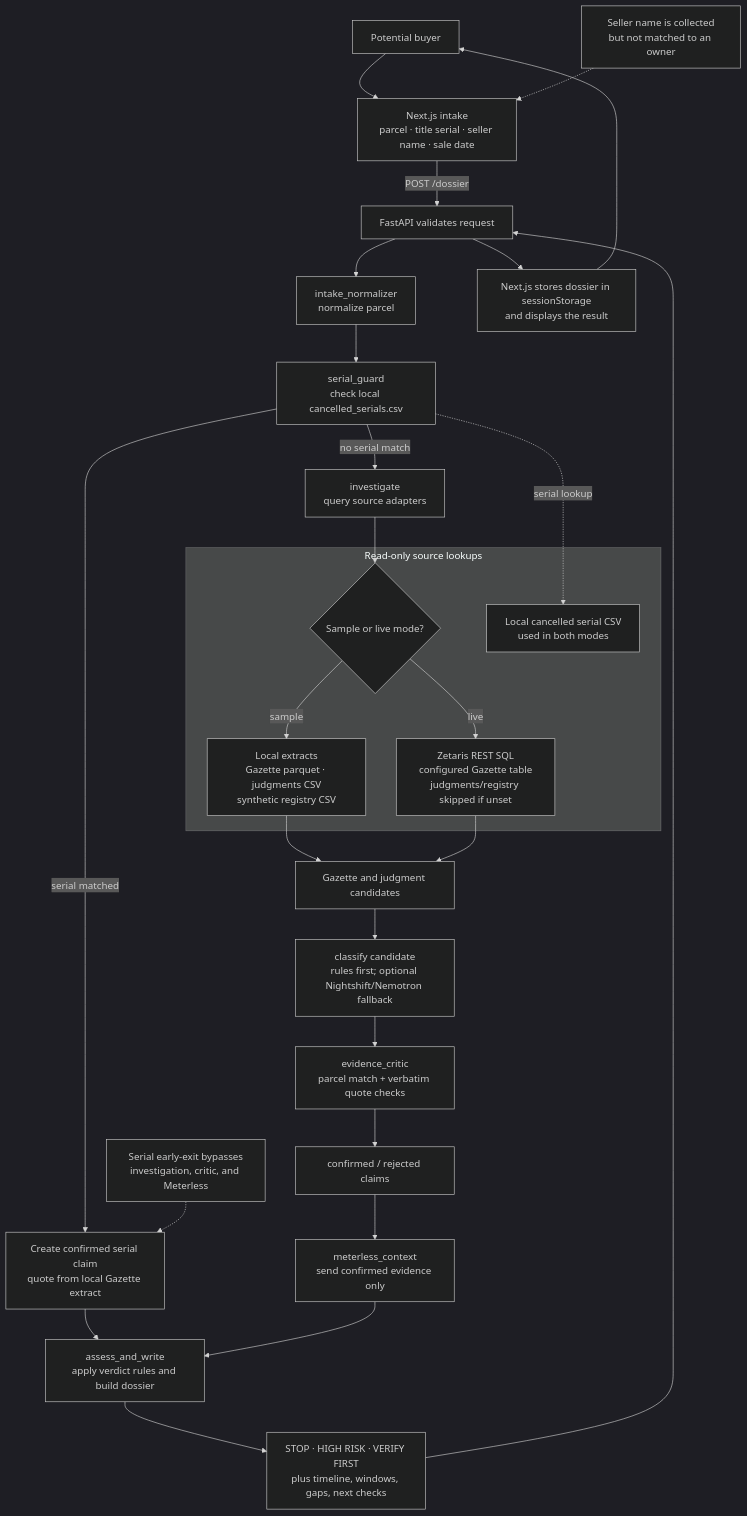
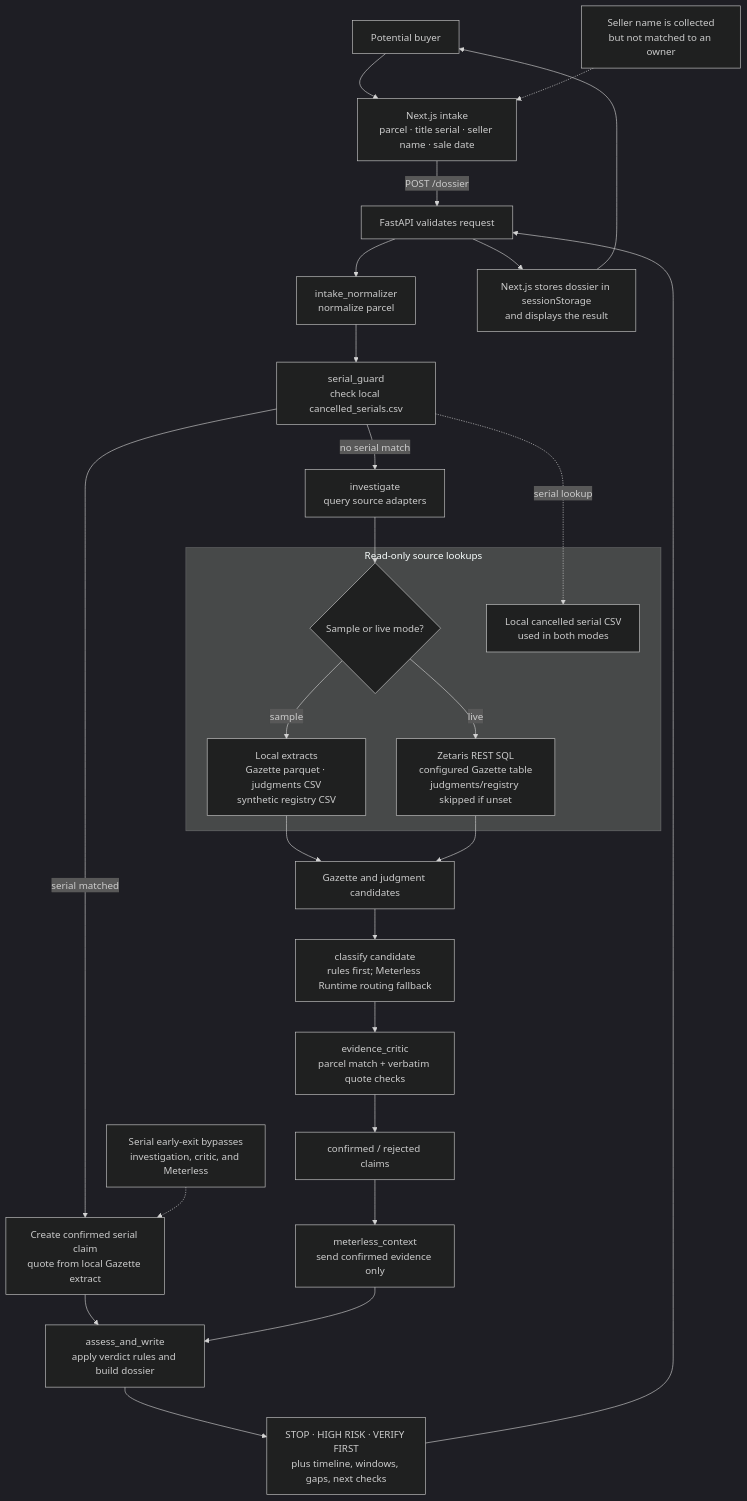
Before and after one commit to funtechstack-four/GEN-AI: the first of 2 diagrams in docs/agentic-implementation-findings.md, drawn with Mermaid (dark theme). The commit also changed other lines of this file and 10 other files, not shown here.

Commit message:
feat(agents): add Meterless Runtime provider

````diff
--- a/docs/agentic-implementation-findings.md
+++ b/docs/agentic-implementation-findings.md
@@ -40,38 +40,38 @@
 ```mermaid
 flowchart TD
     Buyer["Potential buyer"] --> Form["Next.js intake<br/>parcel · title serial · seller name · sale date"]
     Form -->|"POST /dossier"| API["FastAPI validates request"]
     API --> Normalize["intake_normalizer<br/>normalize parcel"]
     Normalize --> Guard["serial_guard<br/>check local cancelled_serials.csv"]
 
     Guard -->|"serial matched"| DirectClaim["Create confirmed serial claim<br/>quote from local Gazette extract"]
     DirectClaim --> Assess["assess_and_write<br/>apply verdict rules and build dossier"]
     Guard -->|"no serial match"| Investigate["investigate<br/>query source adapters"]
 
     subgraph ReadSources["Read-only source lookups"]
         Mode{"Sample or live mode?"}
         LocalData["Local extracts<br/>Gazette parquet · judgments CSV<br/>synthetic registry CSV"]
         LiveData["Zetaris REST SQL<br/>configured Gazette table<br/>judgments/registry skipped if unset"]
         SerialCSV["Local cancelled serial CSV<br/>used in both modes"]
     end
 
     Guard -. "serial lookup" .-> SerialCSV
     Investigate --> Mode
     Mode -->|"sample"| LocalData
     Mode -->|"live"| LiveData
     LocalData --> Candidates["Gazette and judgment candidates"]
     LiveData --> Candidates
-    Candidates --> Classify["classify candidate<br/>rules first; optional Nightshift/Nemotron fallback"]
+    Candidates --> Classify["classify candidate<br/>rules first; Meterless Runtime routing fallback"]
     Classify --> Critic["evidence_critic<br/>parcel match + verbatim quote checks"]
     Critic --> Claims["confirmed / rejected claims"]
     Claims --> Memory["meterless_context<br/>send confirmed evidence only"]
     Memory --> Assess
 
     Assess --> Verdict["STOP · HIGH RISK · VERIFY FIRST<br/>plus timeline, windows, gaps, next checks"]
     Verdict --> API
     API --> Result["Next.js stores dossier in sessionStorage<br/>and displays the result"]
     Result --> Buyer
 
     SellerNote["Seller name is collected<br/>but not matched to an owner"] -.-> Form
     SerialNote["Serial early-exit bypasses<br/>investigation, critic, and Meterless"] -.-> DirectClaim
 ```
````
